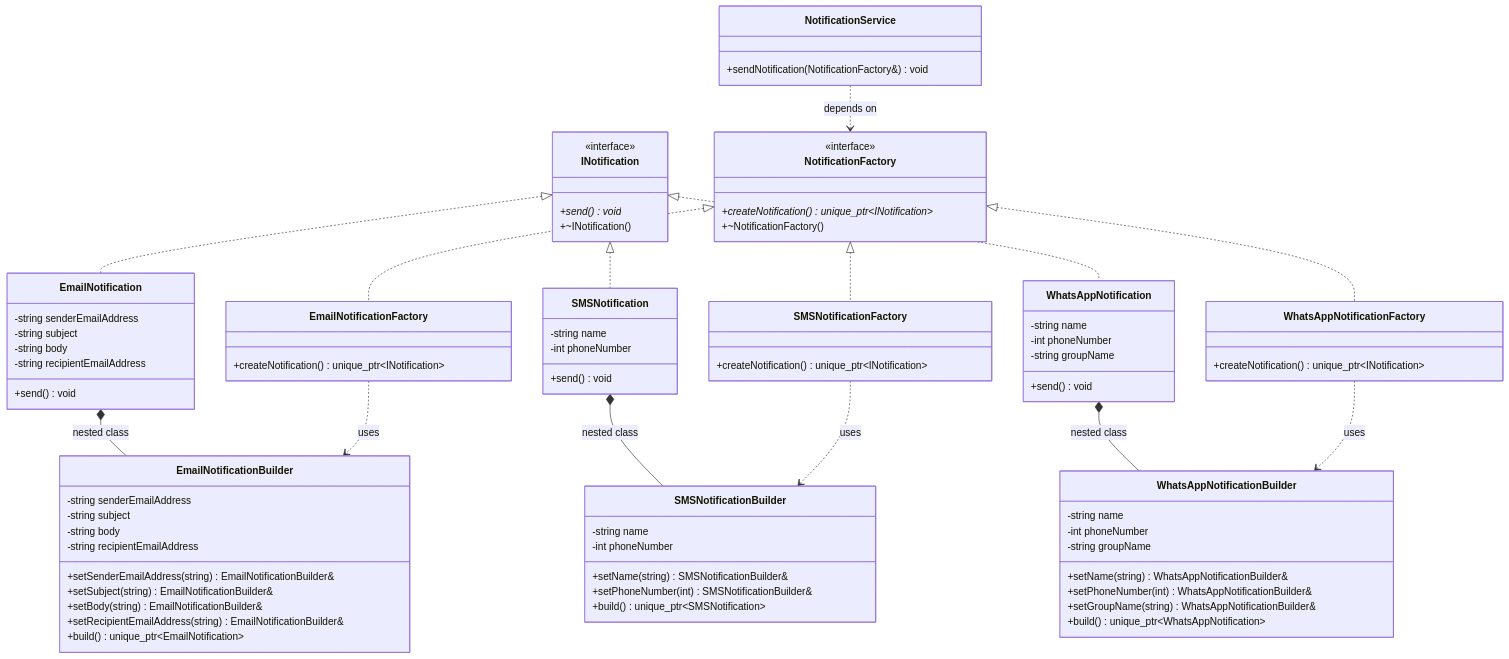
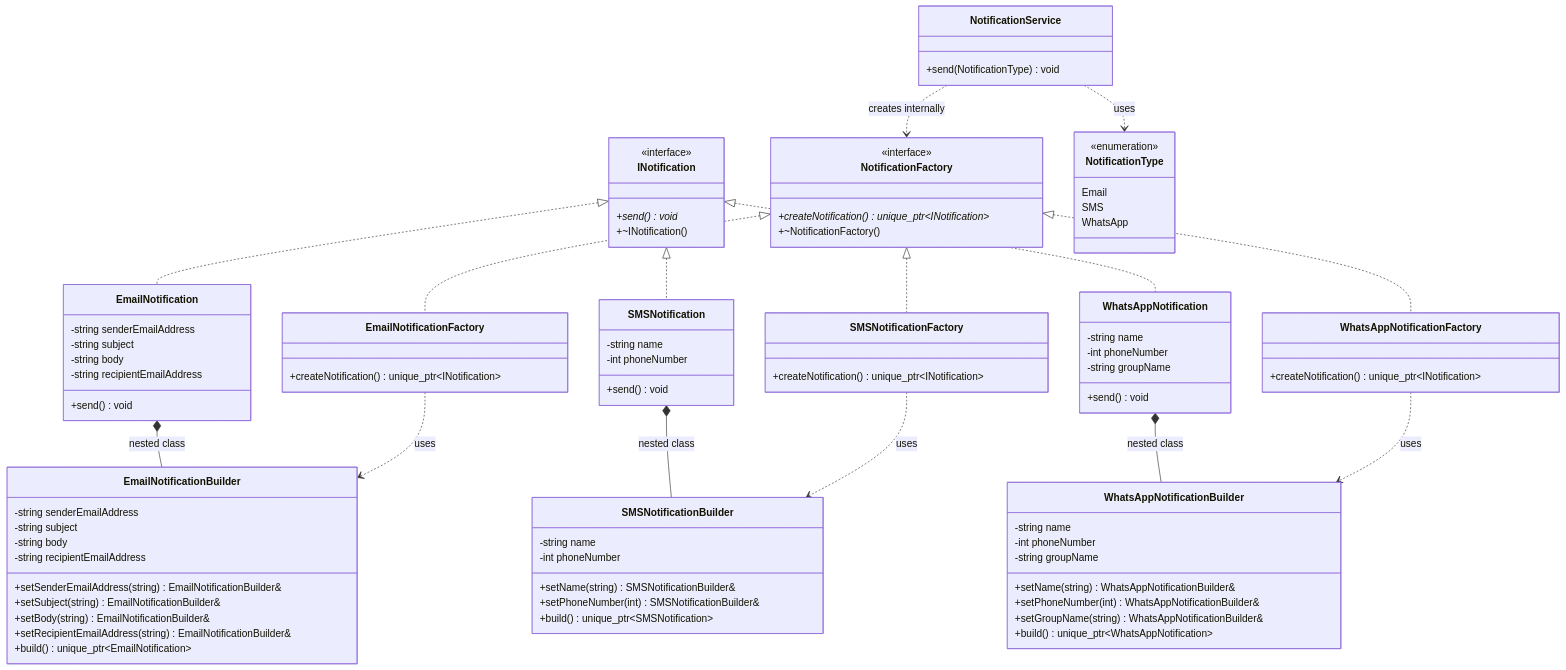
The first of 2 diagrams in creational_design_patterens/Factory_with_Builder_Notifcation_ex.md (Pavan-Learning/my_cpp_program), drawn with Mermaid before and after one commit. The commit also changed other lines of this file and 1 other file, not shown here.

Commit message:
Adapted new changes

````diff
--- a/creational_design_patterens/Factory_with_Builder_Notifcation_ex.md
+++ b/creational_design_patterens/Factory_with_Builder_Notifcation_ex.md
@@ -86,8 +86,15 @@
         +createNotification() unique_ptr~INotification~
     }
 
+    class NotificationType {
+        <<enumeration>>
+        Email
+        SMS
+        WhatsApp
+    }
+
     class NotificationService {
-        +sendNotification(NotificationFactory&) void
+        +send(NotificationType) void
     }
 
     INotification <|.. EmailNotification
@@ -106,5 +113,6 @@
     SMSNotificationFactory ..> SMSNotificationBuilder : uses
     WhatsAppNotificationFactory ..> WhatsAppNotificationBuilder : uses
 
-    NotificationService ..> NotificationFactory : depends on
+    NotificationService ..> NotificationFactory : creates internally
+    NotificationService ..> NotificationType : uses
 ```
````
